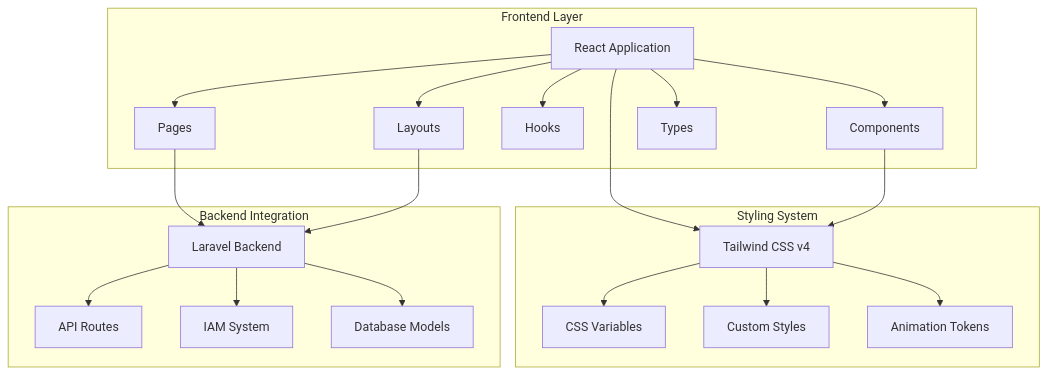
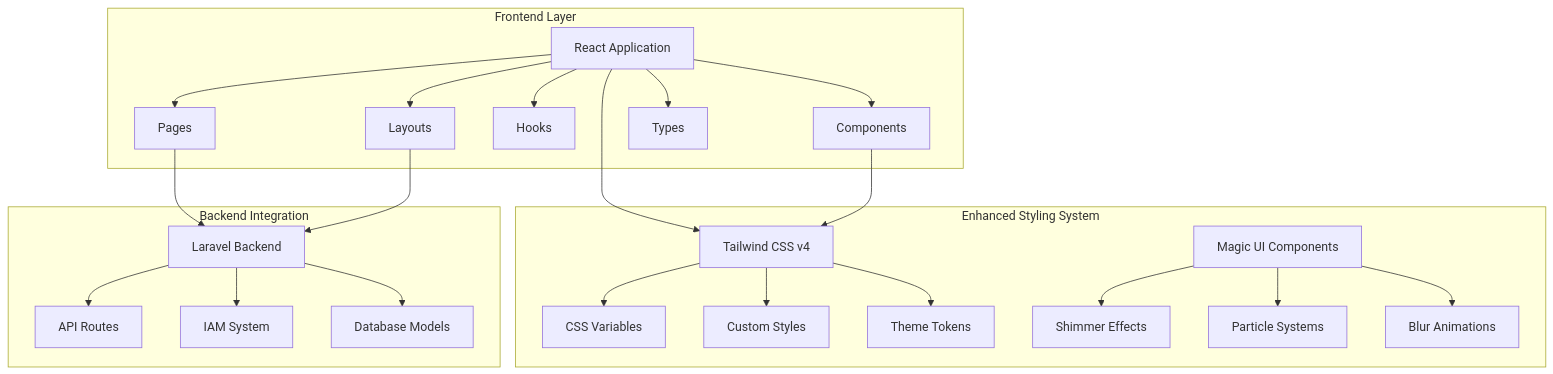
Before and after one commit to PA-Penajam/kepegawaian_apps: the first of 6 diagrams in .qoder/repowiki/en/content/Frontend Architecture/UI_UX Refactor Design Document.md, drawn with Mermaid. The commit also changed other lines of this file and 13 other files, not shown here.

````diff
--- a/.qoder/repowiki/en/content/Frontend Architecture/UI_UX Refactor Design Document.md
+++ b/.qoder/repowiki/en/content/Frontend Architecture/UI_UX Refactor Design Document.md
@@ -49,24 +64,27 @@
 ```mermaid
 graph TB
 subgraph "Frontend Layer"
 A[React Application] --> B[Pages]
 A --> C[Components]
 A --> D[Hooks]
 A --> E[Layouts]
 A --> F[Types]
 end
-subgraph "Styling System"
+subgraph "Enhanced Styling System"
 G[Tailwind CSS v4] --> H[CSS Variables]
 G --> I[Custom Styles]
-G --> J[Animation Tokens]
+G --> J[Theme Tokens]
+K[Magic UI Components] --> L[Shimmer Effects]
+K --> M[Particle Systems]
+K --> N[Blur Animations]
 end
 subgraph "Backend Integration"
-K[Laravel Backend] --> L[API Routes]
-K --> M[IAM System]
-K --> N[Database Models]
+O[Laravel Backend] --> P[API Routes]
+O --> Q[IAM System]
+O --> R[Database Models]
 end
 A --> G
 C --> G
-B --> K
-E --> K
+B --> O
+E --> O
 ```
````
